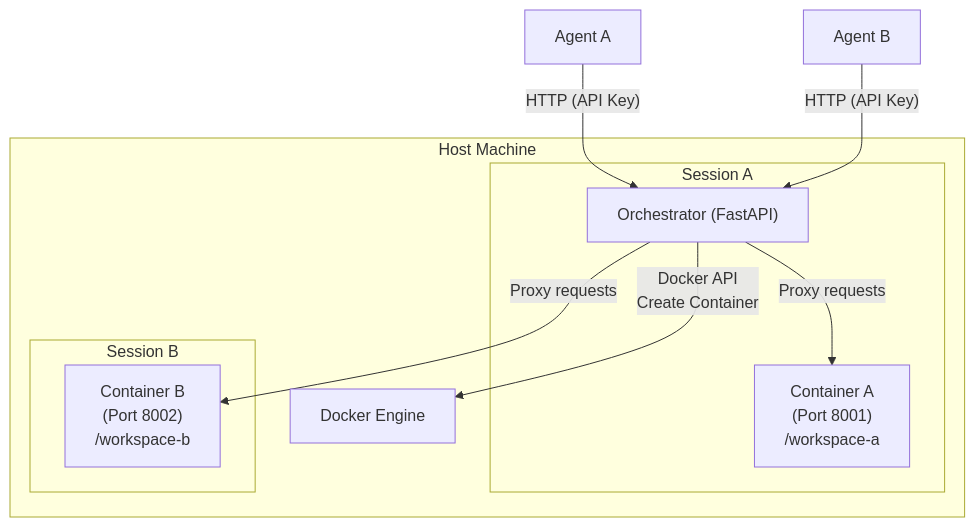
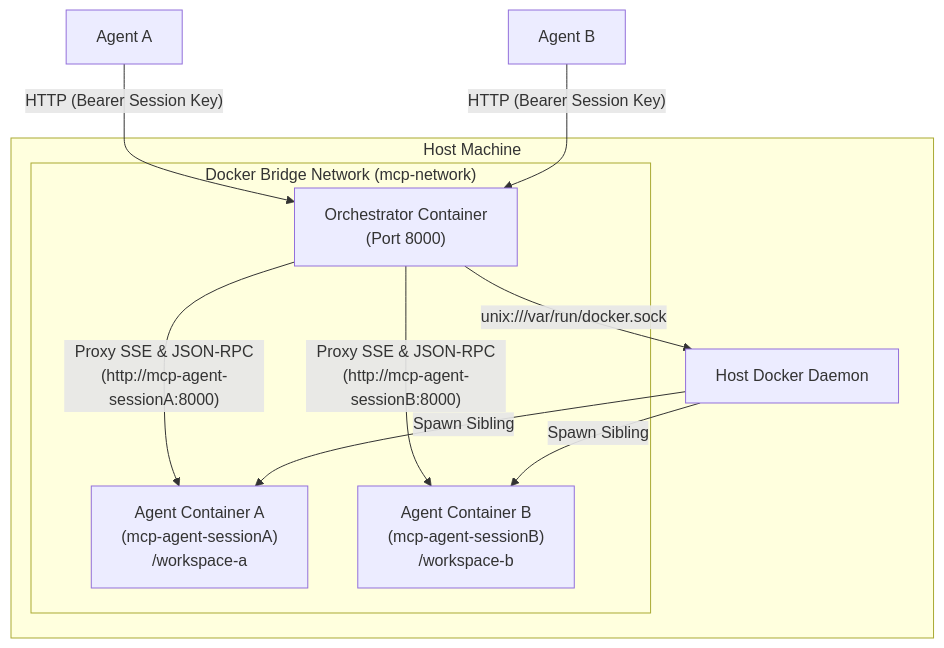
The diagram in plan/phase-b-orchestrator.md (HrRodan/agent-workspace-mcp), drawn with Mermaid before and after one commit. The commit also changed other lines of this file, not shown here.

Commit message:
docs(orchestrator): expand phase-b with production-grade topology, SSE streaming and client example

````diff
--- a/plan/phase-b-orchestrator.md
+++ b/plan/phase-b-orchestrator.md
@@ -11,17 +16,17 @@
 ```mermaid
 flowchart TD
-    ClientA["Agent A"] -- "HTTP (API Key)" --> Orch["Orchestrator (FastAPI)"]
-    ClientB["Agent B"] -- "HTTP (API Key)" --> Orch
+    ClientA["Agent A"] -- "HTTP (Bearer Session Key)" --> OrchCont["Orchestrator Container\n(Port 8000)"]
+    ClientB["Agent B"] -- "HTTP (Bearer Session Key)" --> OrchCont
 
-    subgraph HostSystem ["Host Machine"]
-        Orch -- "Docker API\nCreate Container" --> DockerDaemon["Docker Engine"]
-        
-        subgraph SessionA ["Session A"]
-            Orch -- "Proxy requests" --> ContA["Container A\n(Port 8001)\n/workspace-a"]
+    subgraph Host ["Host Machine"]
+        subgraph DockerBridge ["Docker Bridge Network (mcp-network)"]
+            OrchCont -- "Proxy SSE & JSON-RPC\n(http://mcp-agent-sessionA:8000)" --> ContA["Agent Container A\n(mcp-agent-sessionA)\n/workspace-a"]
+            OrchCont -- "Proxy SSE & JSON-RPC\n(http://mcp-agent-sessionB:8000)" --> ContB["Agent Container B\n(mcp-agent-sessionB)\n/workspace-b"]
         end
-        
-        subgraph SessionB ["Session B"]
-            Orch -- "Proxy requests" --> ContB["Container B\n(Port 8002)\n/workspace-b"]
-        end
+
+        HostDocker["Host Docker Daemon"]
+        OrchCont -- "unix:///var/run/docker.sock" --> HostDocker
+        HostDocker -- "Spawn Sibling" --> ContA
+        HostDocker -- "Spawn Sibling" --> ContB
     end
 ```
````
